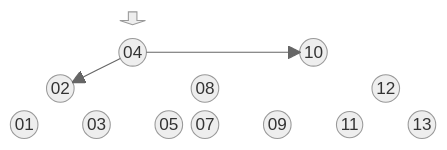
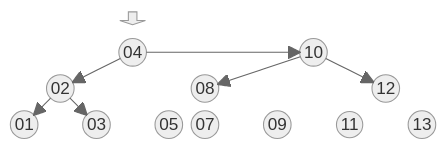
One commit to BenhurUFSM/l226b changed the fourth of 4 diagrams in Assuntos/arvore-aa.md. Above: the diagram before and after it, drawn with Mermaid (neutral theme).

````diff
--- a/Assuntos/arvore-aa.md
+++ b/Assuntos/arvore-aa.md
@@ -153,19 +153,19 @@
 ```mermaid
 block
 columns 12
 space:3 f<[" "]>(down) space:8
 space:3 r(("04")) space:4 d(("10")) space:3
 space e(("02")) space:3 de(("08")) space:4 dd(("12")) space
 ee(("01")) space ed(("03")) space dee(("05")) deed(("07")) space ded(("09")) space dde(("11")) space ddd(("13"))
 r-->e
 r-->d
-%%e-->ee
-%%e-->ed
-%%d-->de
-%%d-->dd
+e-->ee
+e-->ed
+d-->de
+d-->dd
 %%de-->dee
 %%de-->ded
 %%dee->deed
 %%dd->dde
 %%dd->ddd
 ```
````
